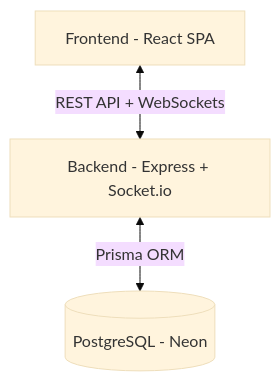
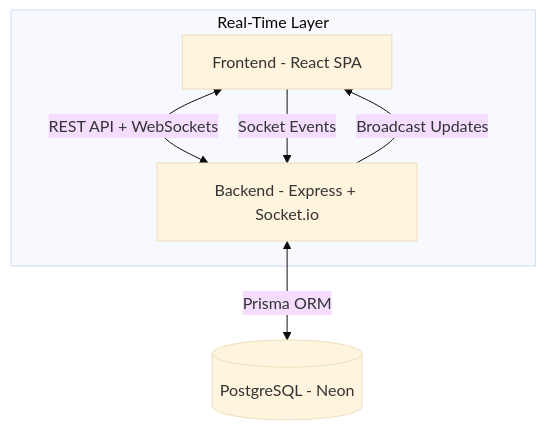
The diagram in README.md (Sayantan-dev1003/Lumora), drawn with Mermaid (base theme) before and after one commit. The commit also changed other lines of this file and 2 other files, not shown here.

````diff
--- a/README.md
+++ b/README.md
@@ -45,5 +111,10 @@
 ```mermaid
 graph TD
-    A[Frontend - React SPA] <-->|REST API + WebSockets| B[Backend - Express + Socket.io]
-    B <-->|Prisma ORM| C[(PostgreSQL - Neon)]
+    Client[Frontend - React SPA] <-->|REST API + WebSockets| Server[Backend - Express + Socket.io]
+    Server <-->|Prisma ORM| Database[(PostgreSQL - Neon)]
+    
+    subgraph "Real-Time Layer"
+    Client -- "Socket Events" --> Server
+    Server -- "Broadcast Updates" --> Client
+    end
 ```
````
